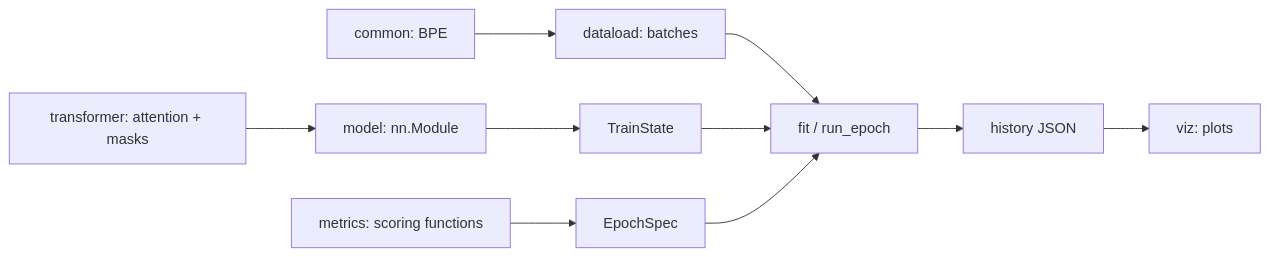
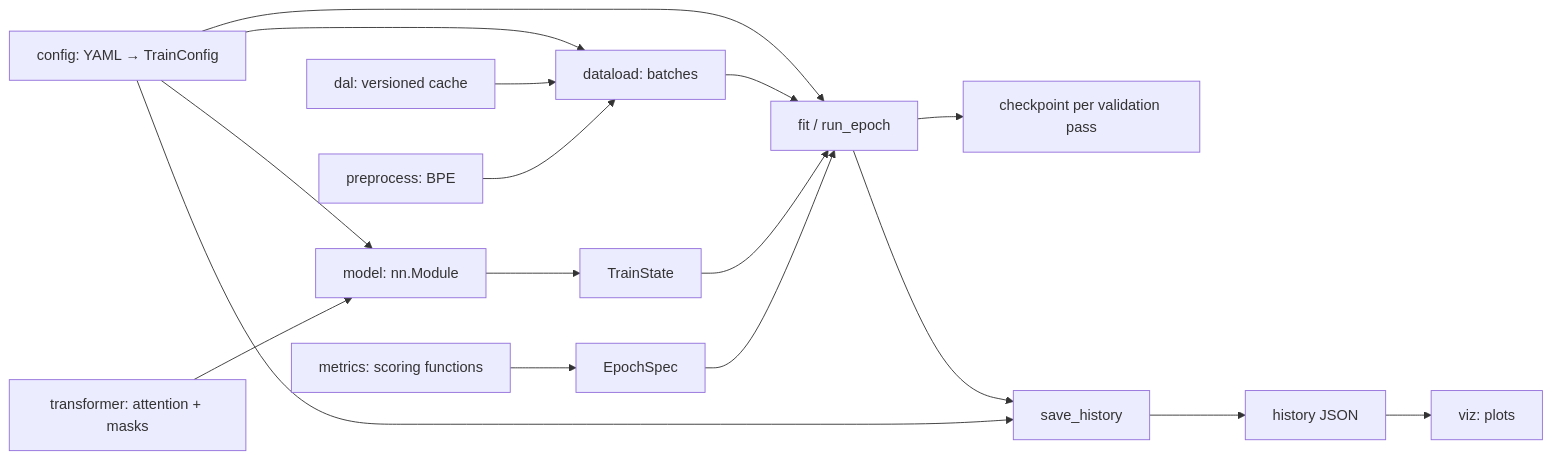
Before and after one commit to anantsimran/dawnshard: the diagram in README.md, drawn with Mermaid. The commit also changed other lines of this file and 175 other files, not shown here.

````diff
--- a/README.md
+++ b/README.md
@@ -284,12 +310,19 @@
 ```mermaid
 flowchart LR
-  common["common: BPE"] --> data["dataload: batches"]
+  yaml["config: YAML → TrainConfig"] --> data
+  yaml --> model
+  yaml --> loop
+  dal["dal: versioned cache"] --> data["dataload: batches"]
+  preprocess["preprocess: BPE"] --> data
   data --> loop["fit / run_epoch"]
+  loop --> checkpoints["checkpoint per validation pass"]
   transformer["transformer: attention + masks"] --> model["model: nn.Module"]
   model --> state["TrainState"]
   state --> loop
   metrics["metrics: scoring functions"] --> policy["EpochSpec"]
   policy --> loop
-  loop --> history["history JSON"]
+  loop --> save["save_history"]
+  yaml --> save
+  save --> history["history JSON"]
   history --> viz["viz: plots"]
 ```
````
